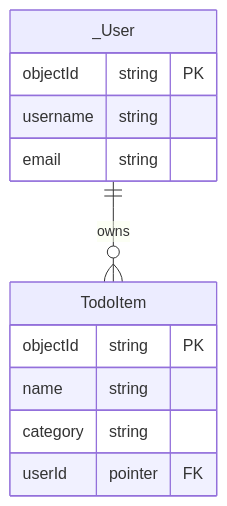
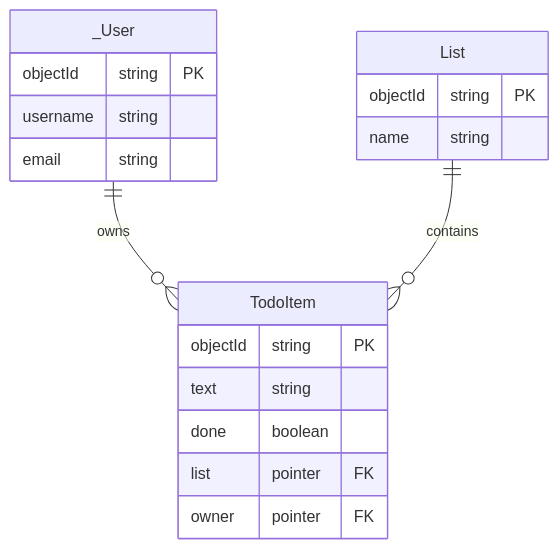
One commit to itu-tid/itu-tid.github.io changed the diagram in Lectures/Technical/Backend/Authorization-and-ACL-in-Parse.md. Above: the diagram before and after it, drawn with Mermaid. The commit also changed other lines of this file and 6 other files, not shown here.

````diff
--- a/Lectures/Technical/Backend/Authorization-and-ACL-in-Parse.md
+++ b/Lectures/Technical/Backend/Authorization-and-ACL-in-Parse.md
@@ -123,15 +271,21 @@
 ```mermaid
 erDiagram
     _User ||--o{ TodoItem : owns
+    List ||--o{ TodoItem : contains
     _User {
         objectId string PK
-        username  string
-        email     string
+        username string
+        email    string
+    }
+    List {
+        objectId string PK
+        name     string
     }
     TodoItem {
-        objectId  string  PK
-        name      string
-        category  string
-        userId    pointer FK
+        objectId string  PK
+        text     string
+        done     boolean
+        list     pointer FK
+        owner    pointer FK
     }
 ```
````
